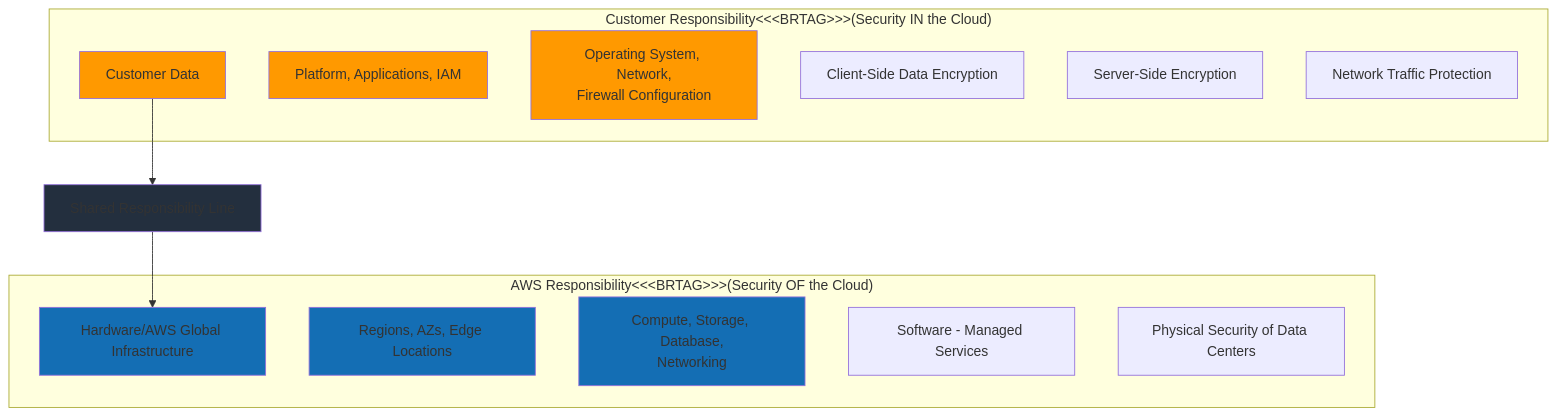
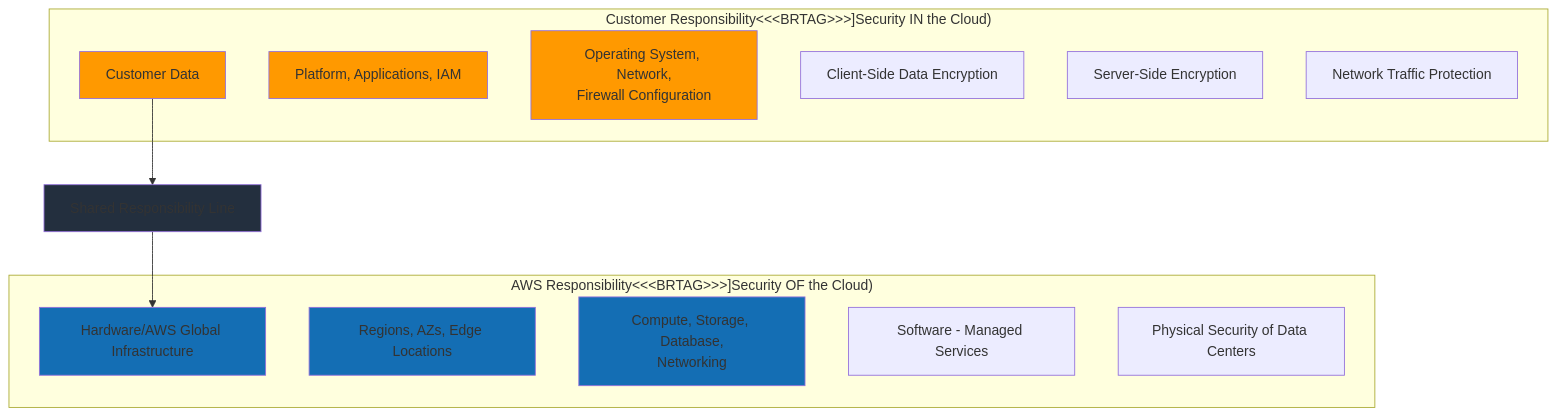
The sixth of 15 diagrams in docs/01-AWS-Fundamentals/DIAGRAMS.md (pilotworks/AWS-Certified-Solutions-Architect-Associate-SAA-C03), drawn with Mermaid before and after one commit. The commit also changed other lines of this file and 79 other files, not shown here.

````diff
--- a/docs/01-AWS-Fundamentals/DIAGRAMS.md
+++ b/docs/01-AWS-Fundamentals/DIAGRAMS.md
@@ -229,37 +229,37 @@
 ```mermaid
 graph TB
-    subgraph Customer_Responsibility_br_Security_IN_the_Cloud_Group["Customer Responsibility&lt;&lt;&lt;BRTAG&gt;&gt;&gt;(Security IN the Cloud)"]
+    subgraph Customer_Responsibility_br_Security_IN_the_Cloud_Group["Customer Responsibility&lt;&lt;&lt;BRTAG&gt;&gt;&gt;]Security IN the Cloud)"]
         C1[Customer Data]
         C2[Platform, Applications, IAM]
         C3["Operating System, Network,<br/>Firewall Configuration"]
         C4[Client-Side Data Encryption]
         C5[Server-Side Encryption]
         C6[Network Traffic Protection]
     end
     
-    subgraph AWS_Responsibility_br_Security_OF_the_Cloud_Group["AWS Responsibility&lt;&lt;&lt;BRTAG&gt;&gt;&gt;(Security OF the Cloud)"]
+    subgraph AWS_Responsibility_br_Security_OF_the_Cloud_Group["AWS Responsibility&lt;&lt;&lt;BRTAG&gt;&gt;&gt;]Security OF the Cloud)"]
         A1["Hardware/AWS Global Infrastructure"]
         A2[Regions, AZs, Edge Locations]
         A3["Compute, Storage, Database,<br/>Networking"]
         A4[Software - Managed Services]
         A5[Physical Security of Data Centers]
     end
     
     C1 --> Line[Shared Responsibility Line]
     Line --> A1
     
     classDef style1 fill:#FF9900
     class C1 style1
     classDef style2 fill:#FF9900
     class C2 style2
     classDef style3 fill:#FF9900
     class C3 style3
     classDef style4 fill:#146EB4
     class A1 style4
     classDef style5 fill:#146EB4
     class A2 style5
     classDef style6 fill:#146EB4
     class A3 style6
     classDef style7 fill:#232F3E
     class Line style7
 ```
````
